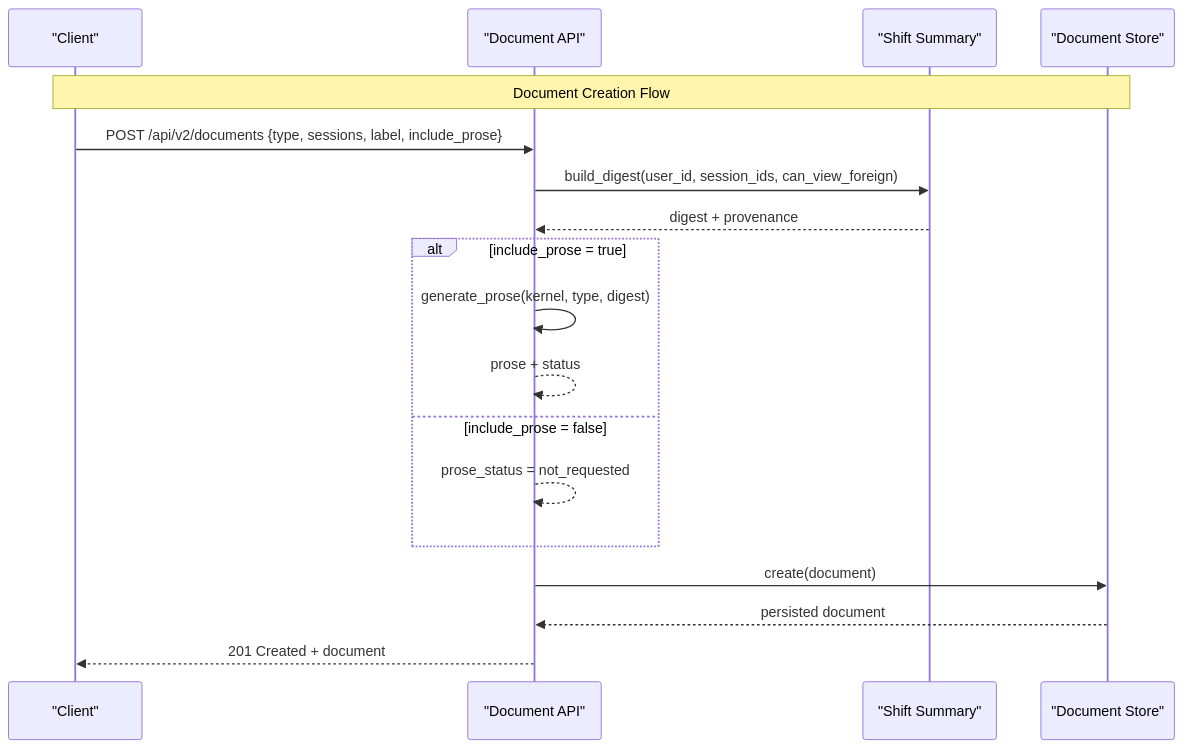
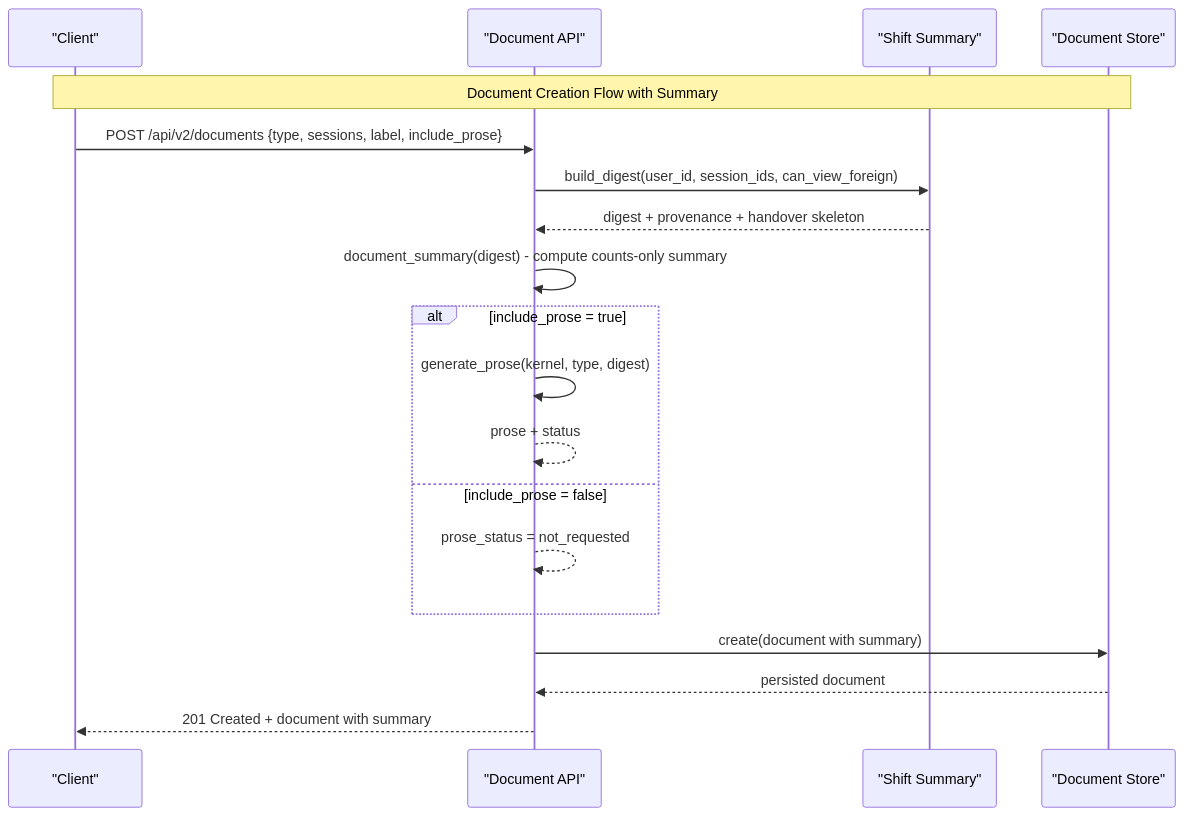
Diagram 23 of 40 in .qoder/repowiki/en/content/Agent Platform Service/Agent Platform Service.md (metasync/luban-aiops), drawn with Mermaid before and after one commit. The commit also changed other lines of this file and 4 other files, not shown here.

````diff
--- a/.qoder/repowiki/en/content/Agent Platform Service/Agent Platform Service.md
+++ b/.qoder/repowiki/en/content/Agent Platform Service/Agent Platform Service.md
@@ -1547,20 +1575,21 @@
 ```mermaid
 sequenceDiagram
 participant Client as "Client"
 participant API as "Document API"
 participant ShiftSum as "Shift Summary"
 participant DocStore as "Document Store"
-Note over Client,DocStore : Document Creation Flow
+Note over Client,DocStore : Document Creation Flow with Summary
 Client->>API : POST /api/v2/documents {type, sessions, label, include_prose}
 API->>ShiftSum : build_digest(user_id, session_ids, can_view_foreign)
-ShiftSum-->>API : digest + provenance
+ShiftSum-->>API : digest + provenance + handover skeleton
+API->>API : document_summary(digest) - compute counts-only summary
 alt include_prose = true
 API->>API : generate_prose(kernel, type, digest)
 API-->>API : prose + status
 else include_prose = false
 API-->>API : prose_status = not_requested
 end
-API->>DocStore : create(document)
+API->>DocStore : create(document with summary)
 DocStore-->>API : persisted document
-API-->>Client : 201 Created + document
+API-->>Client : 201 Created + document with summary
 ```
````
